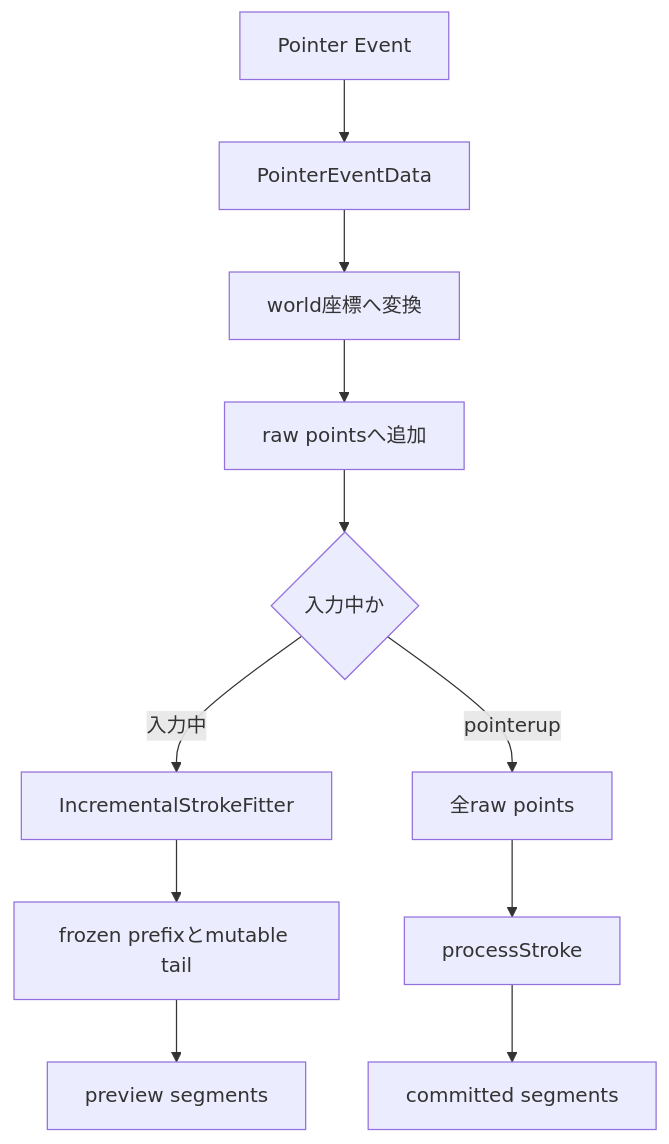
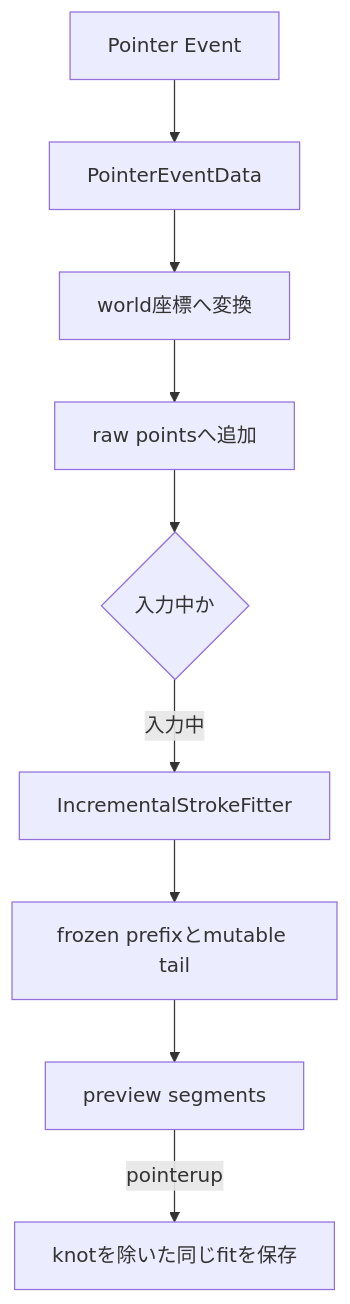
The first of 4 diagrams in pkgs/web/src/app/devdocs/brush-system/input-and-fitting/page.mdx (hanakla/paplico), drawn with Mermaid before and after one commit. The commit also changed other lines of this file and 51 other files, not shown here.

````diff
--- a/pkgs/web/src/app/devdocs/brush-system/input-and-fitting/page.mdx
+++ b/pkgs/web/src/app/devdocs/brush-system/input-and-fitting/page.mdx
@@ -10,13 +10,11 @@
 ```mermaid
 flowchart TD
     A[Pointer Event] --> B[PointerEventData]
     B --> C[world座標へ変換]
     C --> D[raw pointsへ追加]
     D --> E{入力中か}
     E -->|入力中| F[IncrementalStrokeFitter]
     F --> G[frozen prefixとmutable tail]
     G --> H[preview segments]
-    E -->|pointerup| I[全raw points]
-    I --> J[processStroke]
-    J --> K[committed segments]
+    H -->|pointerup| K[knotを除いた同じfitを保存]
 ```
````
